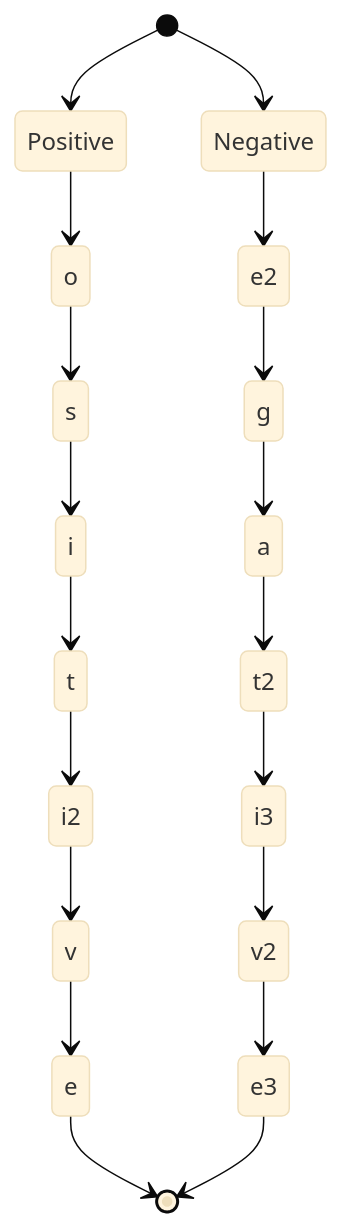
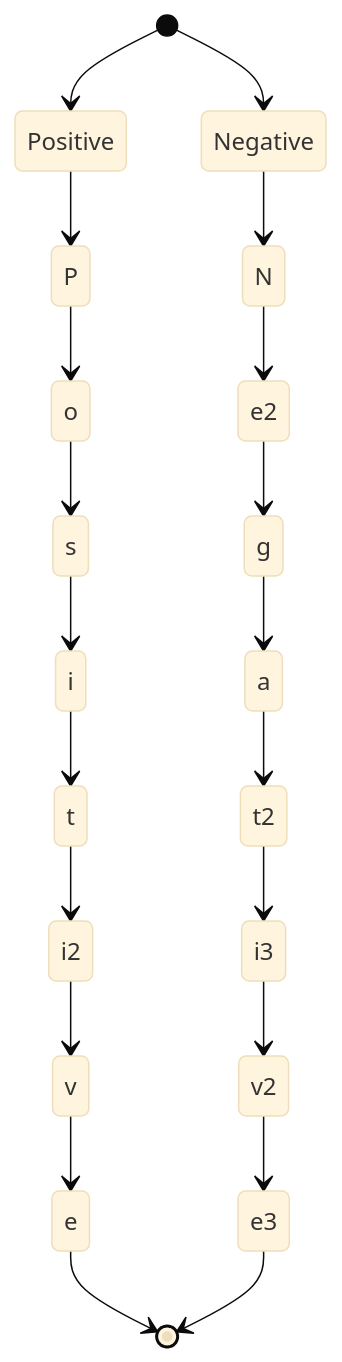
The third of 5 diagrams in content/lectures/440/notes.md (aarnphm/aarnphm.github.io), drawn with Mermaid (base theme) before and after one commit. The commit also changed other lines of this file and 11 other files, not shown here.

````diff
--- a/content/lectures/440/notes.md
+++ b/content/lectures/440/notes.md
@@ -534,21 +533,23 @@
 ```mermaid
 stateDiagram-v2
     [*] --> Positive
     [*] --> Negative
-    Positive --> o
+    Positive --> P
+    P --> o
     o --> s
     s --> i
     i --> t
     t --> i2
     i2 --> v
     v --> e
     e --> [*]
-    Negative --> e2
+    Negative --> N
+    N --> e2
     e2 --> g
     g --> a
     a --> t2
     t2 --> i3
     i3 --> v2
     v2 --> e3
     e3 --> [*]
 ```
````
